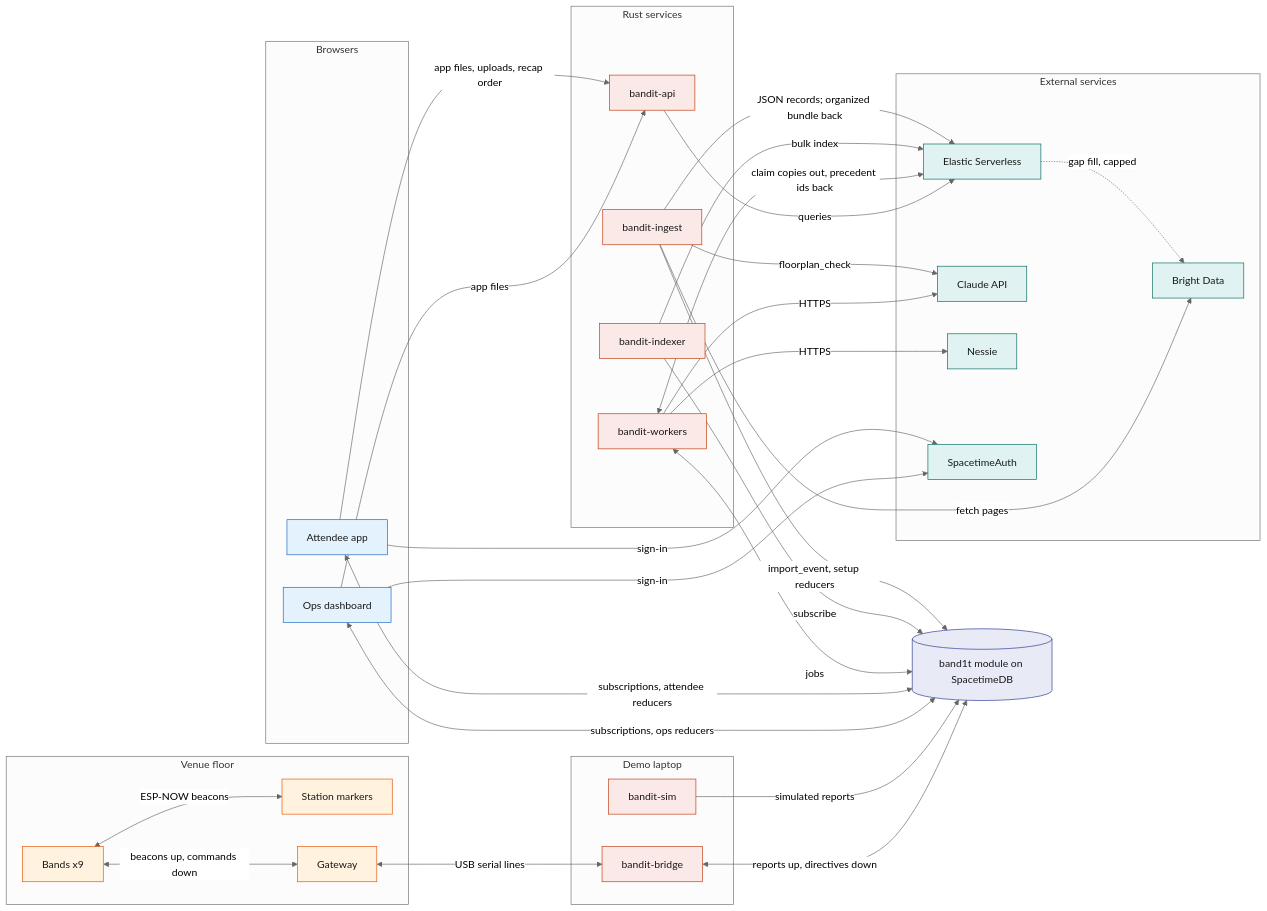
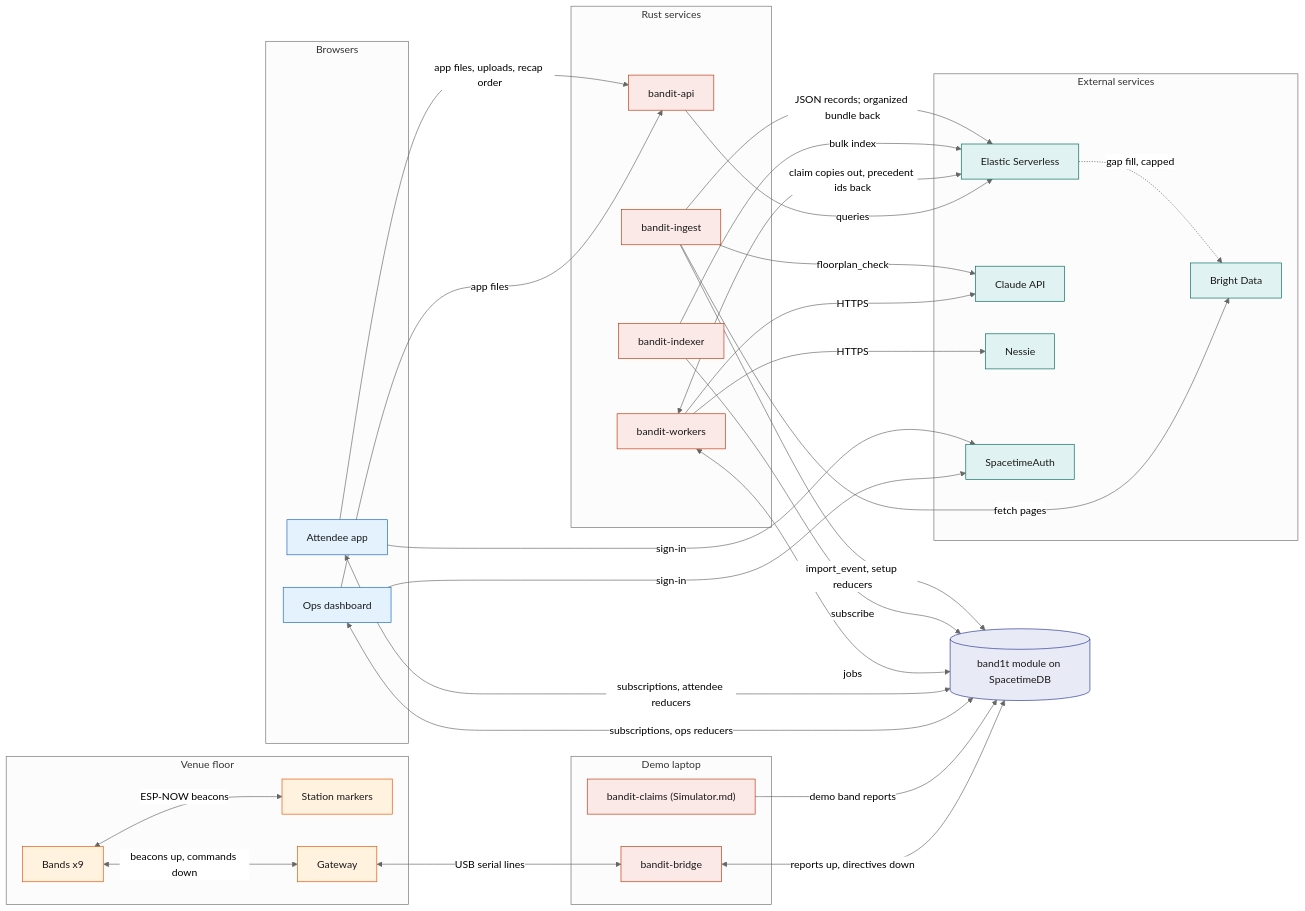
Before and after one commit to viktorinkov/cal-hacks-13: the second of 5 diagrams in System Design/1-overview/Architecture.md, drawn with Mermaid (neutral theme). The commit also changed other lines of this file and 19 other files, not shown here.

````diff
--- a/System Design/1-overview/Architecture.md
+++ b/System Design/1-overview/Architecture.md
@@ -95,65 +95,65 @@
 ```mermaid
 flowchart LR
   subgraph Venue["Venue floor"]
     Bands["Bands x9"]
     Stations["Station markers"]
     Gateway["Gateway"]
   end
   subgraph Laptop["Demo laptop"]
     Bridge["bandit-bridge"]
-    Sim["bandit-sim"]
+    Sim["bandit-claims (Simulator.md)"]
   end
   STDB[("band1t module on SpacetimeDB")]
   subgraph Apps["Browsers"]
     Ops["Ops dashboard"]
     App["Attendee app"]
   end
   subgraph Services["Rust services"]
     API["bandit-api"]
     Workers["bandit-workers"]
     Indexer["bandit-indexer"]
     Ingest["bandit-ingest"]
   end
   subgraph SaaS["External services"]
     Elastic["Elastic Serverless"]
     Claude["Claude API"]
     Nessie["Nessie"]
     Bright["Bright Data"]
     Auth["SpacetimeAuth"]
   end
 
   Bands <-->|"ESP-NOW beacons"| Stations
   Bands <-->|"beacons up, commands down"| Gateway
   Gateway <-->|"USB serial lines"| Bridge
   Bridge <-->|"reports up, directives down"| STDB
-  Sim -->|"simulated reports"| STDB
+  Sim -->|"demo band reports"| STDB
   Ops <-->|"subscriptions, ops reducers"| STDB
   App <-->|"subscriptions, attendee reducers"| STDB
   Ops -->|"app files"| API
   App -->|"app files, uploads, recap order"| API
   Ops -->|"sign-in"| Auth
   App -->|"sign-in"| Auth
   API -->|"queries"| Elastic
   Workers <-->|"jobs"| STDB
   Workers -->|"HTTPS"| Claude
   Workers -->|"HTTPS"| Nessie
   Workers <-->|"claim copies out, precedent ids back"| Elastic
   Indexer -->|"subscribe"| STDB
   Indexer -->|"bulk index"| Elastic
   Ingest -->|"fetch pages"| Bright
   Ingest -->|"floorplan_check"| Claude
   Ingest -->|"JSON records; organized bundle back"| Elastic
   Elastic -.->|"gap fill, capped"| Bright
   Ingest -->|"import_event, setup reducers"| STDB
 
   classDef device fill:#FFF3E0,stroke:#E65100,color:#1A1A1A
   classDef rust fill:#FBE9E7,stroke:#BF360C,color:#1A1A1A
   classDef stdb fill:#E8EAF6,stroke:#283593,color:#1A1A1A
   classDef web fill:#E3F2FD,stroke:#1565C0,color:#1A1A1A
   classDef ext fill:#E0F2F1,stroke:#00695C,color:#1A1A1A
   class Bands,Stations,Gateway device
   class Bridge,Sim,API,Workers,Indexer,Ingest rust
   class STDB stdb
   class Ops,App web
   class Elastic,Claude,Nessie,Bright,Auth ext
 ```
````
